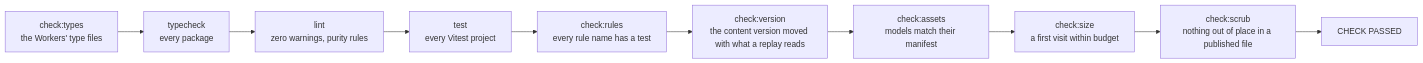
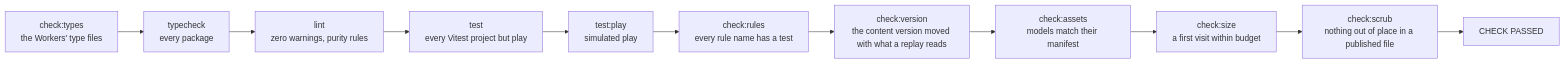
One commit to buildlab-studio/japacity changed the first of 3 diagrams in docs/site/built/working.md. Above: the diagram before and after it, drawn with Mermaid. The commit also changed other lines of this file and 122 other files, not shown here.

````diff
--- a/docs/site/built/working.md
+++ b/docs/site/built/working.md
@@ -150,12 +166,13 @@
 ```mermaid
 flowchart LR
   types["check:types<br/>the Workers' type files"] --> typecheck["typecheck<br/>every package"]
   typecheck --> lint["lint<br/>zero warnings, purity rules"]
-  lint --> test["test<br/>every Vitest project"]
-  test --> rules["check:rules<br/>every rule name has a test"]
+  lint --> test["test<br/>every Vitest project but play"]
+  test --> play["test:play<br/>simulated play"]
+  play --> rules["check:rules<br/>every rule name has a test"]
   rules --> version["check:version<br/>the content version moved with what a replay reads"]
   version --> assets["check:assets<br/>models match their manifest"]
   assets --> size["check:size<br/>a first visit within budget"]
   size --> scrub["check:scrub<br/>nothing out of place in a published file"]
   scrub --> passed["CHECK PASSED"]
 ```
````
